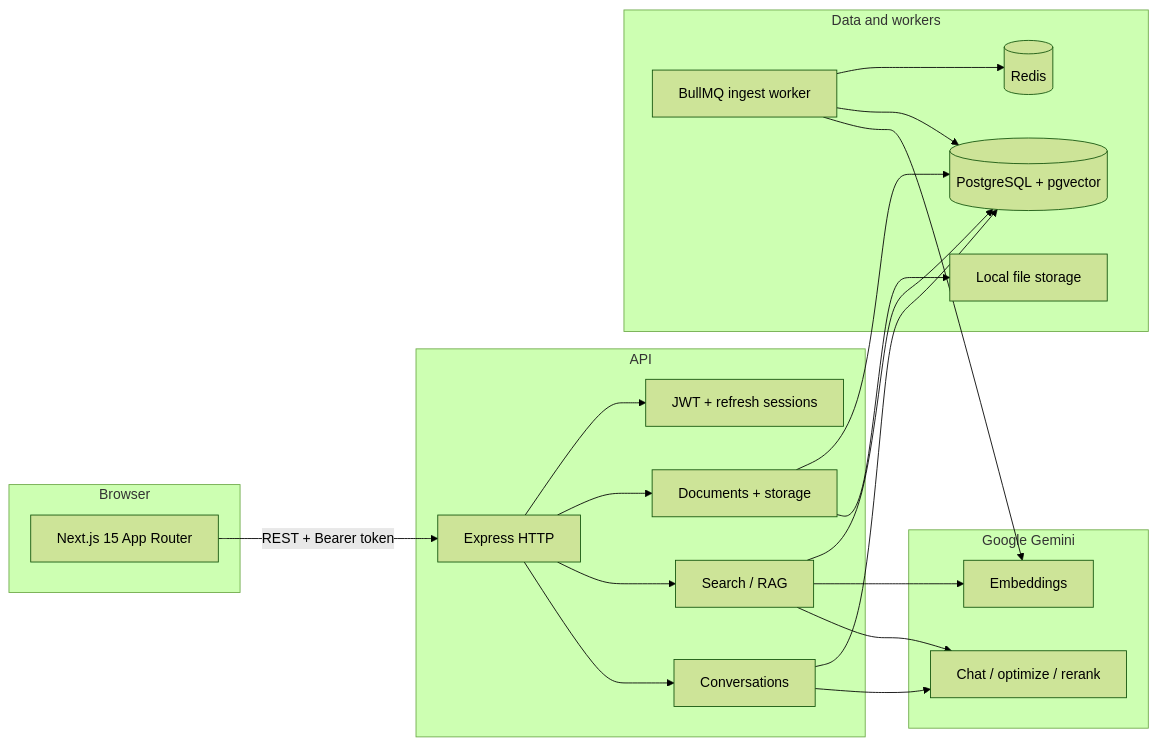
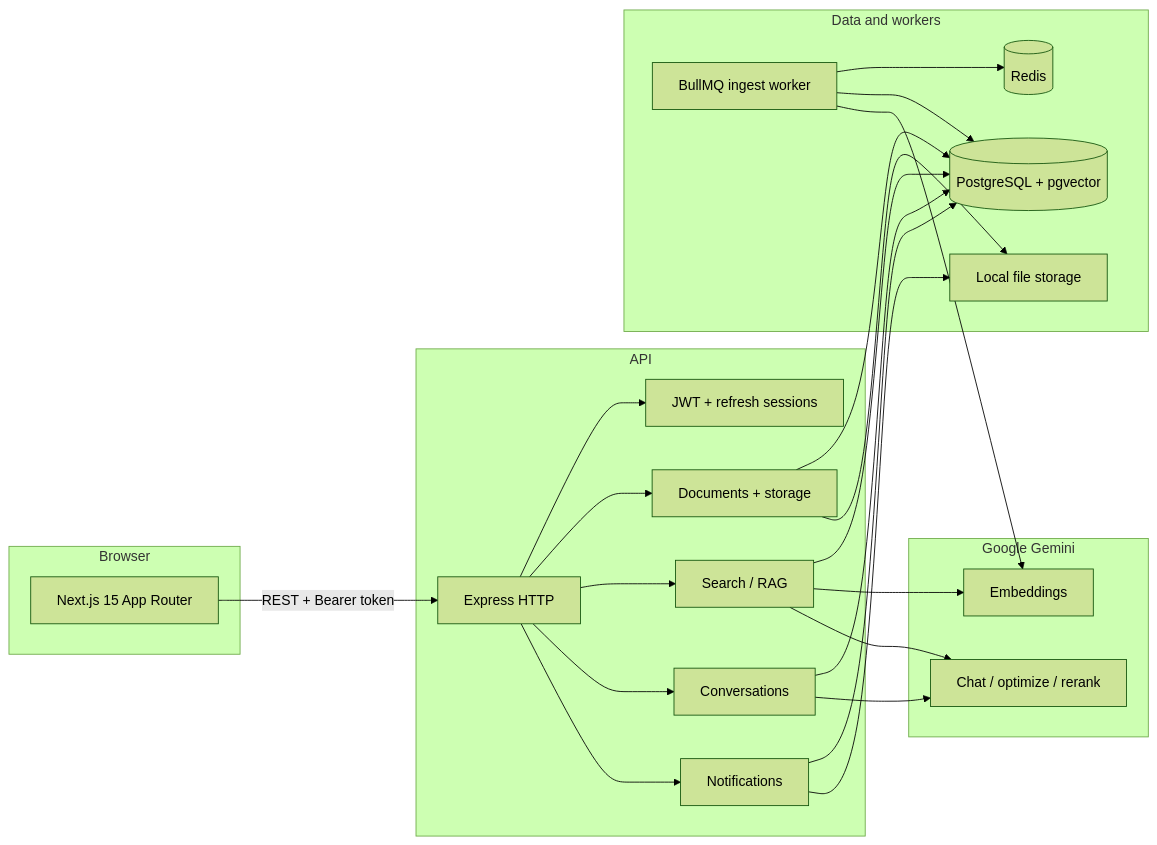
Before and after one commit to adam5farhat/knowledge-platform: the diagram in README.md, drawn with Mermaid (forest theme). The commit also changed other lines of this file and 22 other files, not shown here.

````diff
--- a/README.md
+++ b/README.md
@@ -76,38 +78,42 @@
 ```mermaid
 flowchart LR
   subgraph clients [Browser]
     Web[Next.js 15 App Router]
   end
   subgraph api [API]
     Express[Express HTTP]
     Auth[JWT + refresh sessions]
     Docs[Documents + storage]
     Search[Search / RAG]
     Conv[Conversations]
+    Notif[Notifications]
   end
   subgraph data [Data and workers]
     PG[(PostgreSQL + pgvector)]
     Redis[(Redis)]
     Bull[BullMQ ingest worker]
     Disk[Local file storage]
   end
   subgraph ai [Google Gemini]
     Emb[Embeddings]
     Chat[Chat / optimize / rerank]
   end
   Web -->|REST + Bearer token| Express
   Express --> Auth
   Express --> Docs
   Express --> Search
   Express --> Conv
+  Express --> Notif
+  Notif --> PG
+  Notif --> Disk
   Docs --> PG
   Docs --> Disk
   Search --> PG
   Search --> Emb
   Search --> Chat
   Conv --> PG
   Conv --> Chat
   Bull --> Redis
   Bull --> PG
   Bull --> Emb
 ```
````
